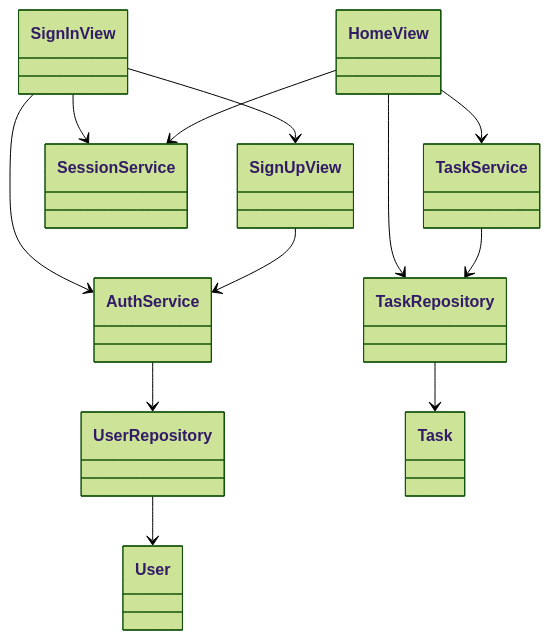
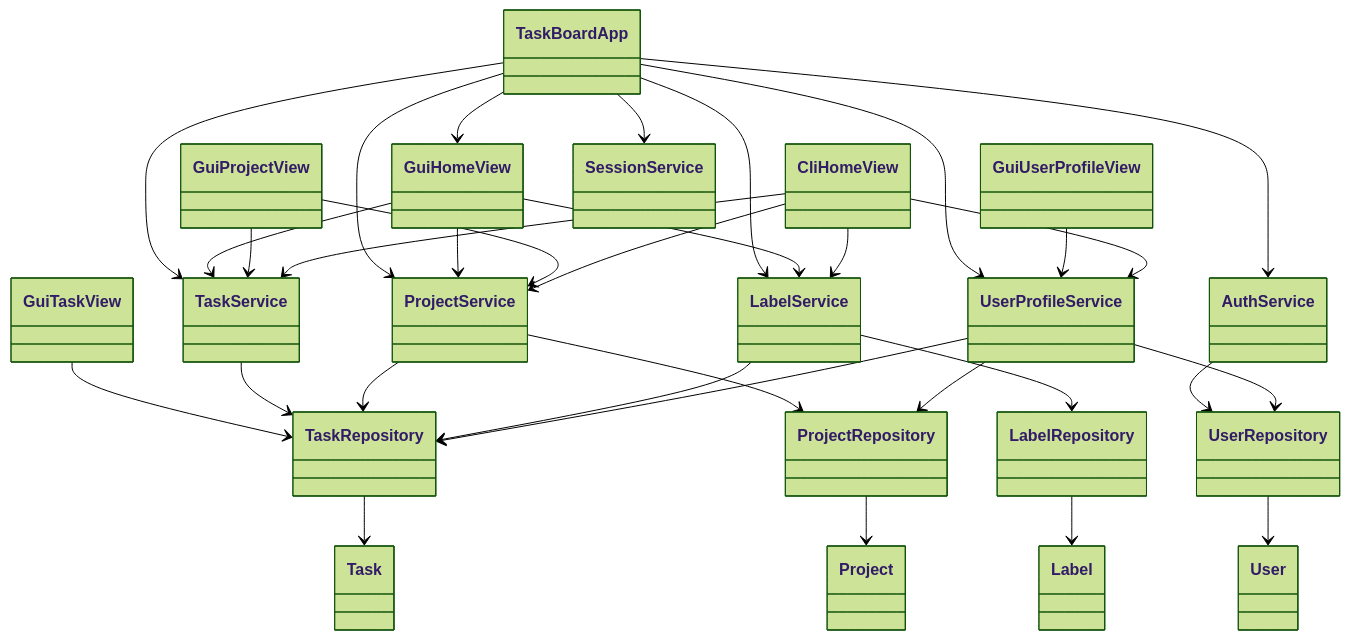
One commit to rasmuskoo/ot_harjoitustyo changed the first of 3 diagrams in dokumentaatio/arkkitehtuuri.md. Above: the diagram before and after it, drawn with Mermaid (forest theme). The commit also changed other lines of this file and 5 other files, not shown here.

````diff
--- a/dokumentaatio/arkkitehtuuri.md
+++ b/dokumentaatio/arkkitehtuuri.md
@@ -13,27 +17,59 @@
 ```mermaid
 classDiagram
-    class SignInView
-    class SignUpView
-    class HomeView
+    class TaskBoardApp
+    class GuiHomeView
+    class GuiProjectView
+    class GuiTaskView
+    class GuiUserProfileView
+    class CliHomeView
     class AuthService
     class SessionService
     class TaskService
+    class ProjectService
+    class LabelService
+    class UserProfileService
     class UserRepository
     class TaskRepository
+    class ProjectRepository
+    class LabelRepository
     class User
     class Task
+    class Project
+    class Label
 
-    SignInView --> AuthService
-    SignInView --> SessionService
-    SignInView --> SignUpView
-    SignUpView --> AuthService
-    HomeView --> SessionService
-    HomeView --> TaskService
-    HomeView --> TaskRepository
+    TaskBoardApp --> GuiHomeView
+    TaskBoardApp --> AuthService
+    TaskBoardApp --> SessionService
+    TaskBoardApp --> TaskService
+    TaskBoardApp --> ProjectService
+    TaskBoardApp --> LabelService
+    TaskBoardApp --> UserProfileService
+
+    GuiHomeView --> TaskService
+    GuiHomeView --> ProjectService
+    GuiHomeView --> LabelService
+    GuiProjectView --> ProjectService
+    GuiProjectView --> TaskService
+    GuiTaskView --> TaskRepository
+    GuiUserProfileView --> UserProfileService
+
+    CliHomeView --> TaskService
+    CliHomeView --> ProjectService
+    CliHomeView --> LabelService
+    CliHomeView --> UserProfileService
 
     AuthService --> UserRepository
     TaskService --> TaskRepository
+    ProjectService --> ProjectRepository
+    ProjectService --> TaskRepository
+    LabelService --> LabelRepository
+    LabelService --> TaskRepository
+    UserProfileService --> UserRepository
+    UserProfileService --> ProjectRepository
+    UserProfileService --> TaskRepository
 
     UserRepository --> User
     TaskRepository --> Task
+    ProjectRepository --> Project
+    LabelRepository --> Label
 ```
````
